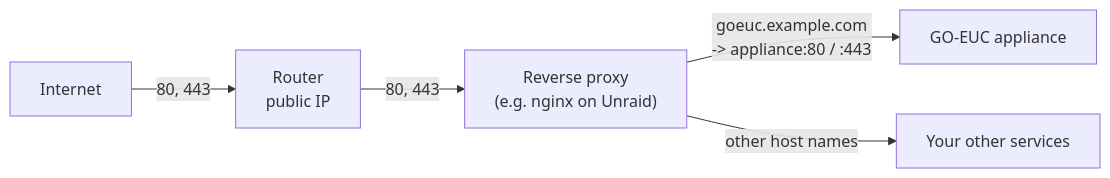
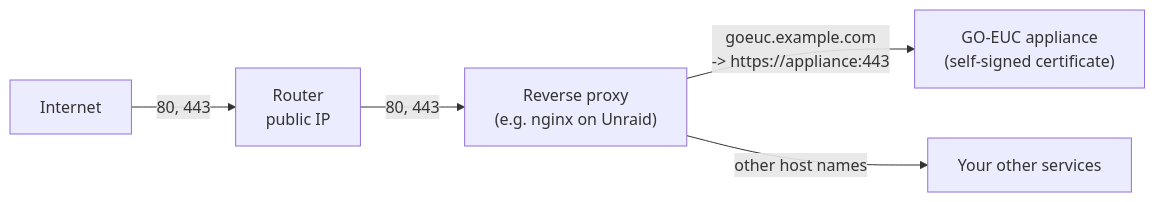
Before and after one commit to GO-EUC/Influx_grafana_deploy: the second of 3 diagrams in docs/external-access.md, drawn with Mermaid. The commit also changed other lines of this file and 6 other files, not shown here.

````diff
--- a/docs/external-access.md
+++ b/docs/external-access.md
@@ -54,7 +54,7 @@
 ```mermaid
 flowchart LR
     internet["Internet"] -- "80, 443" --> router["Router<br/>public IP"]
     router -- "80, 443" --> proxy["Reverse proxy<br/>(e.g. nginx on Unraid)"]
-    proxy -- "goeuc.example.com<br/>-> appliance:80 / :443" --> appliance["GO-EUC appliance"]
+    proxy -- "goeuc.example.com<br/>-> https://appliance:443" --> appliance["GO-EUC appliance<br/>(self-signed certificate)"]
     proxy -- "other host names" --> other["Your other services"]
 ```
````
